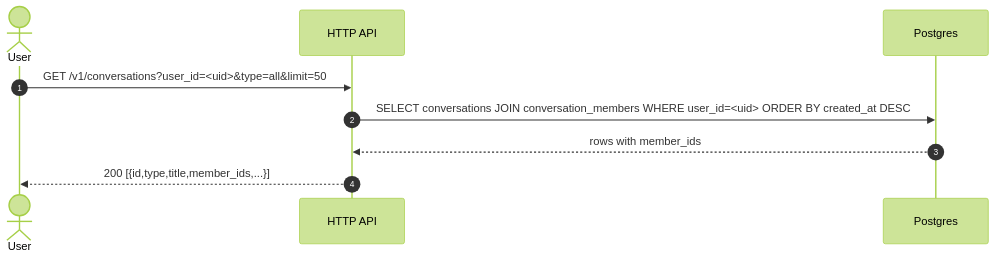
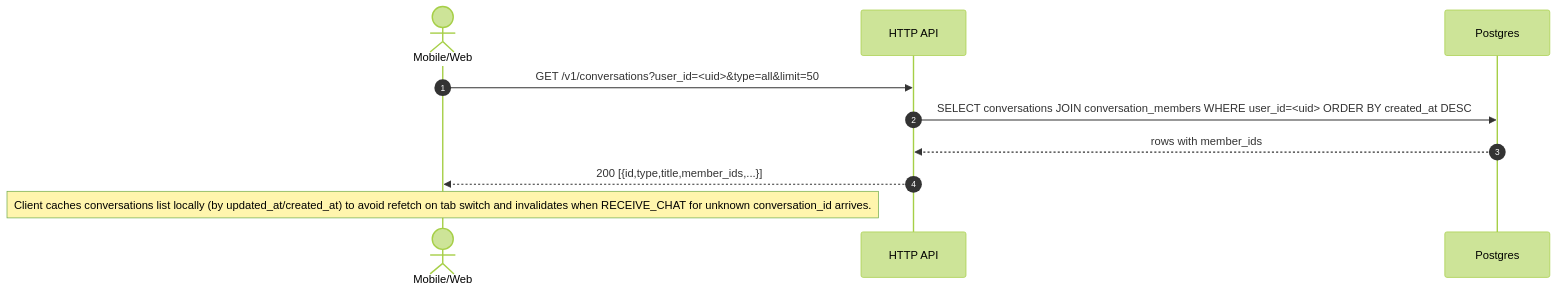
One commit to fakhrymubarak/share-location changed the second of 4 diagrams in backend/docs/architecture/end_to_end/README.md. Above: the diagram before and after it, drawn with Mermaid (forest theme). The commit also changed other lines of this file, not shown here.

Commit message:
docs: expand e2e sequences with clients and caching

````diff
--- a/backend/docs/architecture/end_to_end/README.md
+++ b/backend/docs/architecture/end_to_end/README.md
@@ -22,12 +23,14 @@
 ```mermaid
 sequenceDiagram
     autonumber
-    actor User
+    actor Client as Mobile/Web
     participant API as HTTP API
     participant DB as Postgres
 
-    User->>API: GET /v1/conversations?user_id=<uid>&type=all&limit=50
+    Client->>API: GET /v1/conversations?user_id=<uid>&type=all&limit=50
     API->>DB: SELECT conversations JOIN conversation_members WHERE user_id=<uid> ORDER BY created_at DESC
     DB-->>API: rows with member_ids
-    API-->>User: 200 [{id,type,title,member_ids,...}]
+    API-->>Client: 200 [{id,type,title,member_ids,...}]
+    Note over Client: Client caches conversations list locally (by updated_at/created_at) to avoid refetch on tab switch and invalidates when RECEIVE_CHAT for unknown conversation_id arrives.
+    
 ```
````
